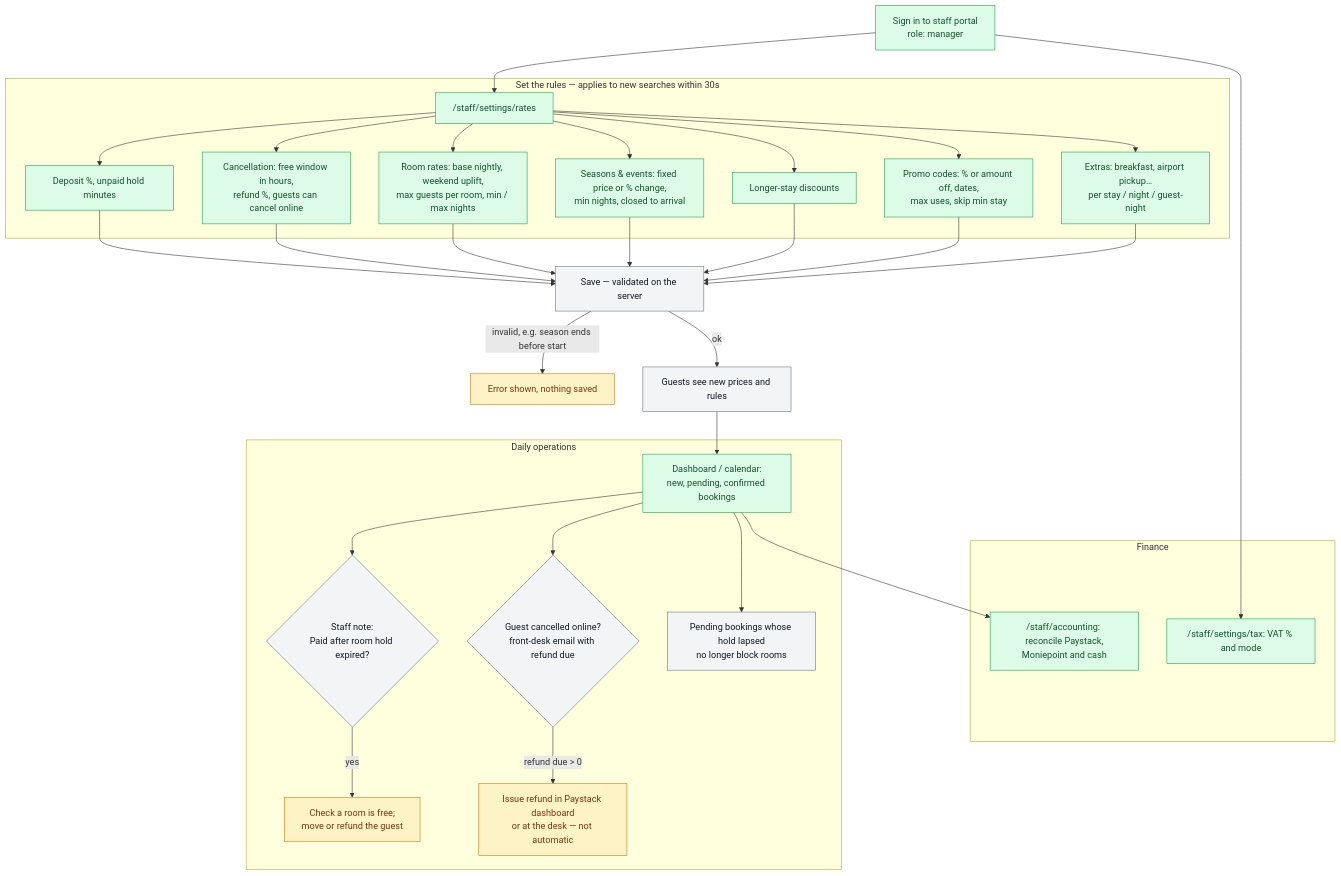
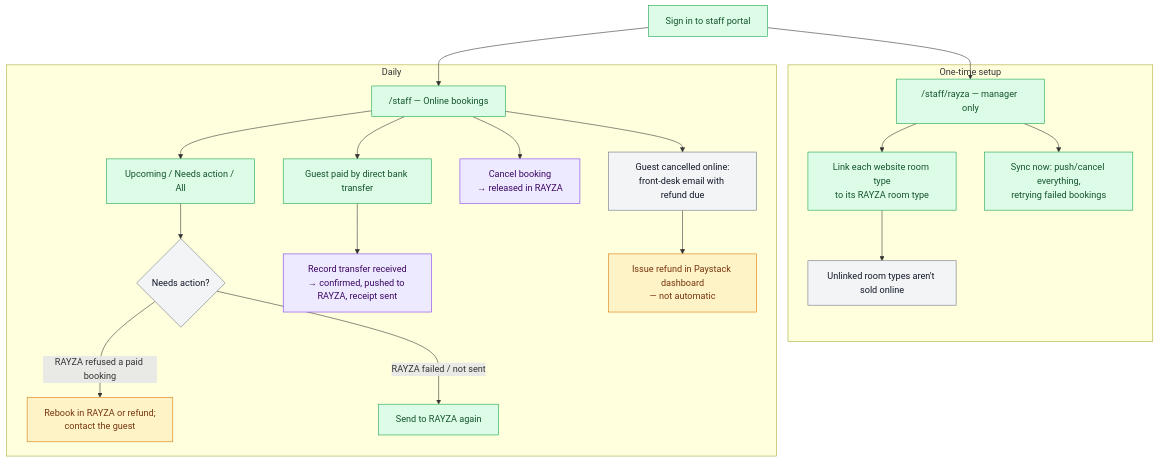
One commit to pensebien/https-www.reliefhotels changed the diagram in docs/flow-diagrams/booking-engine/02-manager-flow.mmd. Above: the diagram before and after it, drawn with Mermaid. The commit also changed 350 other files, not shown here.

First line of the commit message:
Simple site: website takes reservations, RAYZA runs the hotel (#51)

```diff
--- a/docs/flow-diagrams/booking-engine/02-manager-flow.mmd
+++ b/docs/flow-diagrams/booking-engine/02-manager-flow.mmd
@@ -1,38 +1,28 @@
-%% Manager: configure the booking engine, watch bookings, handle refunds.
-%% Role: manager (full access to cashier, calendar, accounting, rates, tax).
+%% Staff on the website: watch online bookings, reconcile payments, keep RAYZA in sync.
+%% Rates, rooms, front desk, F&B, housekeeping and OTA channels are managed in RAYZA.
 flowchart TD
     classDef staff fill:#dcfce7,stroke:#16a34a,color:#14532d
     classDef system fill:#f3f4f6,stroke:#6b7280,color:#111827
+    classDef rayza fill:#ede9fe,stroke:#7c3aed,color:#3b0764
     classDef warn fill:#fef3c7,stroke:#d97706,color:#78350f
 
-    A["Sign in to staff portal<br/>role: manager"]:::staff --> B["/staff/settings/rates"]:::staff
+    A["Sign in to staff portal"]:::staff --> B["/staff — Online bookings"]:::staff
+    A --> R["/staff/rayza — manager only"]:::staff
 
-    subgraph Setup["Set the rules — applies to new searches within 30s"]
-        B --> B1["Deposit %, unpaid hold minutes"]:::staff
-        B --> B2["Cancellation: free window in hours,<br/>refund %, guests can cancel online"]:::staff
-        B --> B3["Room rates: base nightly, weekend uplift,<br/>max guests per room, min / max nights"]:::staff
-        B --> B4["Seasons & events: fixed price or % change,<br/>min nights, closed to arrival"]:::staff
-        B --> B5["Longer-stay discounts"]:::staff
-        B --> B6["Promo codes: % or amount off, dates,<br/>max uses, skip min stay"]:::staff
-        B --> B7["Extras: breakfast, airport pickup…<br/>per stay / night / guest-night"]:::staff
+    subgraph Setup["One-time setup"]
+        R --> R1["Link each website room type<br/>to its RAYZA room type"]:::staff
+        R1 --> R2["Unlinked room types aren't sold online"]:::system
+        R --> R3["Sync now: push/cancel everything,<br/>retrying failed bookings"]:::staff
     end
-    B1 & B2 & B3 & B4 & B5 & B6 & B7 --> C["Save — validated on the server"]:::system
-    C -->|"invalid, e.g. season ends before start"| C1["Error shown, nothing saved"]:::warn
-    C -->|"ok"| D["Guests see new prices and rules"]:::system
 
-    subgraph Daily["Daily operations"]
-        E["Dashboard / calendar:<br/>new, pending, confirmed bookings"]:::staff
-        E --> F{"Staff note:<br/>Paid after room hold expired?"}:::system
-        F -->|"yes"| F1["Check a room is free;<br/>move or refund the guest"]:::warn
-        E --> G{"Guest cancelled online?<br/>front-desk email with refund due"}:::system
-        G -->|"refund due > 0"| G1["Issue refund in Paystack dashboard<br/>or at the desk — not automatic"]:::warn
-        E --> H["Pending bookings whose hold lapsed<br/>no longer block rooms"]:::system
+    subgraph Daily["Daily"]
+        B --> F1["Upcoming / Needs action / All"]:::staff
+        F1 --> N{"Needs action?"}:::system
+        N -->|"RAYZA refused a paid booking"| N1["Rebook in RAYZA or refund;<br/>contact the guest"]:::warn
+        N -->|"RAYZA failed / not sent"| N2["Send to RAYZA again"]:::staff
+        B --> T["Guest paid by direct bank transfer"]:::staff
+        T --> T1["Record transfer received<br/>→ confirmed, pushed to RAYZA, receipt sent"]:::rayza
+        B --> C["Cancel booking<br/>→ released in RAYZA"]:::rayza
+        B --> G["Guest cancelled online:<br/>front-desk email with refund due"]:::system
+        G --> G1["Issue refund in Paystack dashboard<br/>— not automatic"]:::warn
     end
-    D --> E
-
-    subgraph Money["Finance"]
-        I["/staff/accounting: reconcile Paystack,<br/>Moniepoint and cash"]:::staff
-        J["/staff/settings/tax: VAT % and mode"]:::staff
-    end
-    E --> I
-    A --> J
```
